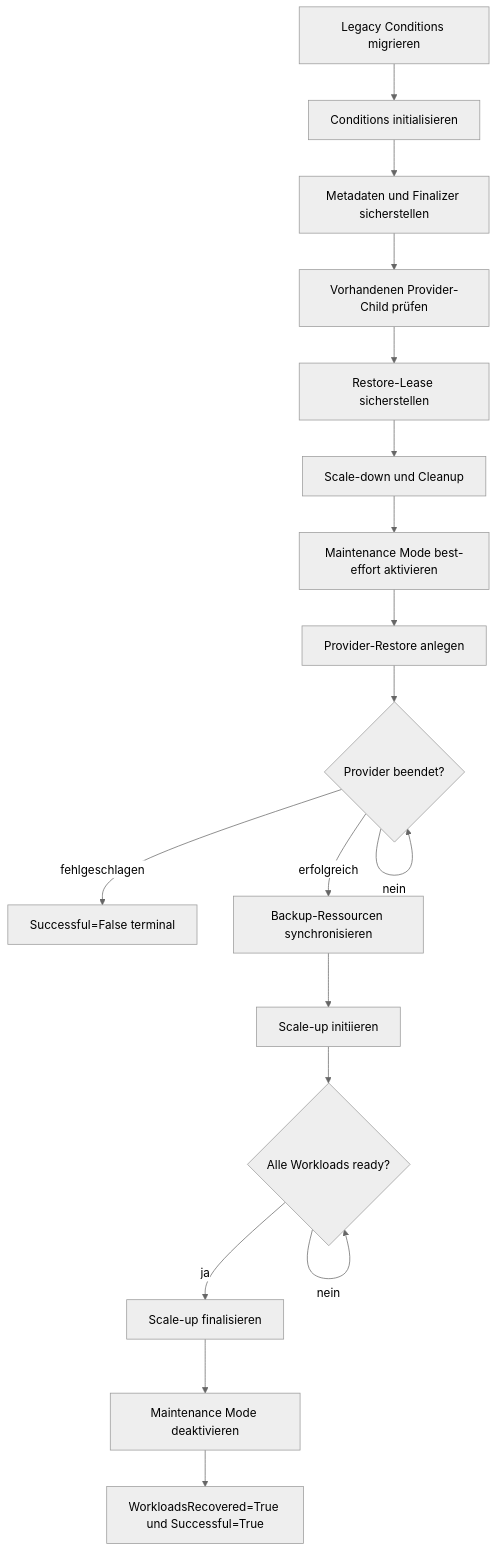
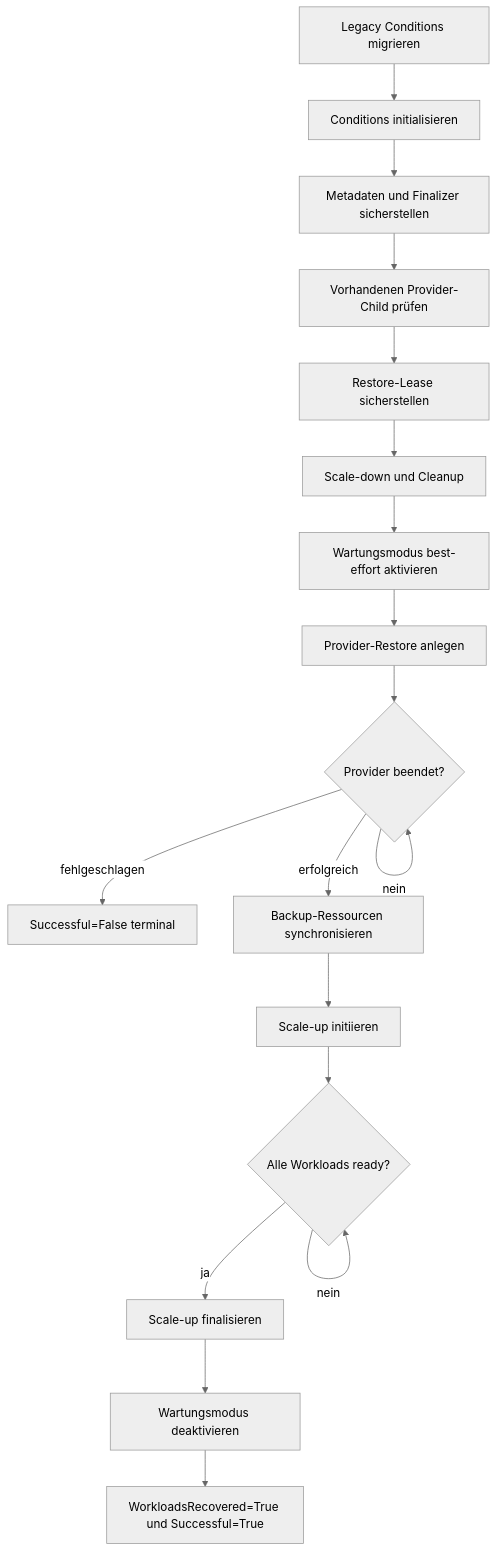
The second of 5 diagrams in docs/development/restore/restore_process_de.MD (cloudogu/k8s-backup-operator), drawn with Mermaid (neutral theme) before and after one commit. The commit also changed other lines of this file and 4 other files, not shown here.

````diff
--- a/docs/development/restore/restore_process_de.MD
+++ b/docs/development/restore/restore_process_de.MD
@@ -58,20 +58,20 @@
 ```mermaid
 flowchart TD
     A[Legacy Conditions migrieren] --> B[Conditions initialisieren]
     B --> C[Metadaten und Finalizer sicherstellen]
     C --> D[Vorhandenen Provider-Child prüfen]
     D --> E[Restore-Lease sicherstellen]
     E --> F[Scale-down und Cleanup]
-    F --> FM[Maintenance Mode best-effort aktivieren]
+    F --> FM[Wartungsmodus best-effort aktivieren]
     FM --> G[Provider-Restore anlegen]
     G --> H{Provider beendet?}
     H -- nein --> H
     H -- fehlgeschlagen --> X[Successful=False terminal]
     H -- erfolgreich --> I[Backup-Ressourcen synchronisieren]
     I --> J[Scale-up initiieren]
     J --> K{Alle Workloads ready?}
     K -- nein --> K
     K -- ja --> L[Scale-up finalisieren]
-    L --> M[Maintenance Mode deaktivieren]
+    L --> M[Wartungsmodus deaktivieren]
     M --> N[WorkloadsRecovered=True und Successful=True]
 ```
````
